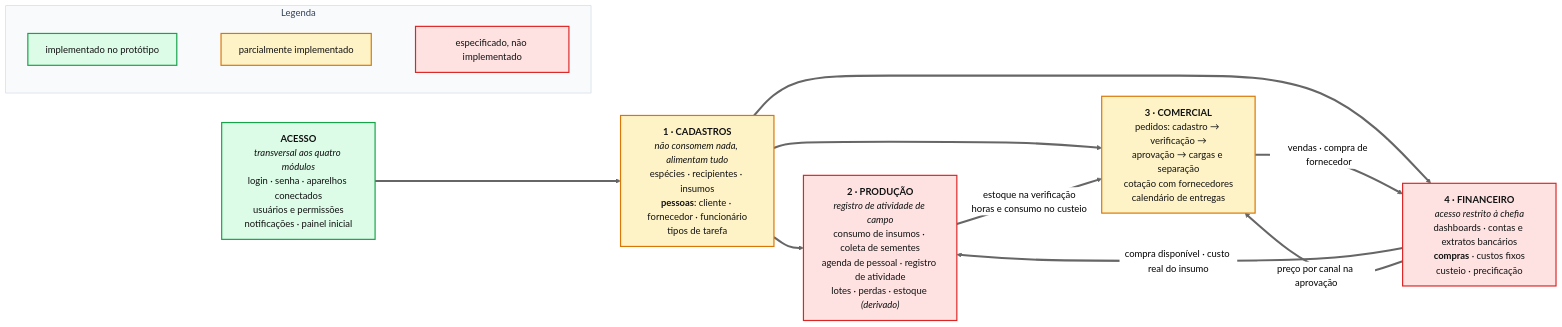
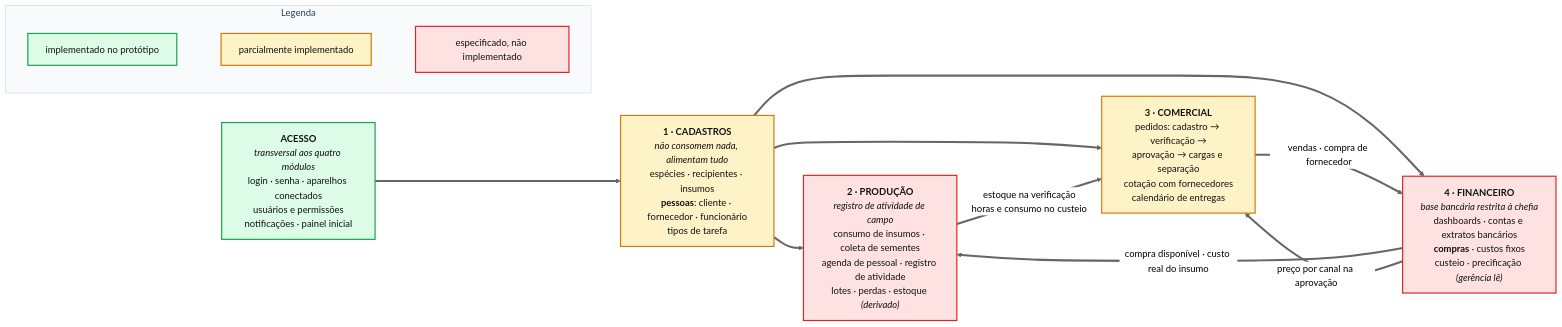
One commit to JoaoMudar/mudar changed the diagram in docs/rotinas/img/mapa-sistema-v2.mmd. Above: the diagram before and after it, drawn with Mermaid (neutral theme). The commit also changed 4 other files, not shown here.

First line of the commit message:
@ docs(rotinas): diagramas passam a dizer que a restricao e do recurso

```diff
--- a/docs/rotinas/img/mapa-sistema-v2.mmd
+++ b/docs/rotinas/img/mapa-sistema-v2.mmd
@@ -1,47 +1,47 @@
 %% Mapa consolidado — QUATRO modulos, com Acesso transversal.
 %% Fonte unica da taxonomia. Espelhada em `src/lib/modules.ts` (navegacao) e
 %% nos comentarios de secao de `src/lib/permissions.ts` (matriz do D4).
 %% Este mapa e de nivel de modulo de proposito: o fluxo entre eles e um CICLO,
 %% e desenhar as ~25 telas junto com o ciclo produzia um emaranhado ilegivel.
 %% O que tem dentro de cada modulo esta em mapa-1-cadastros .. mapa-4-financeiro.
 flowchart LR
   ACC["<b>ACESSO</b><br/><i>transversal aos quatro módulos</i><br/>login · senha · aparelhos conectados<br/>usuários e permissões<br/>notificações · painel inicial"]
 
   CAD["<b>1 · CADASTROS</b><br/><i>não consomem nada, alimentam tudo</i><br/>espécies · recipientes · insumos<br/><b>pessoas</b>: cliente · fornecedor · funcionário<br/>tipos de tarefa"]
 
   PRO["<b>2 · PRODUÇÃO</b><br/><i>registro de atividade de campo</i><br/>consumo de insumos · coleta de sementes<br/>agenda de pessoal · registro de atividade<br/>lotes · perdas · estoque <i>(derivado)</i>"]
 
   COM["<b>3 · COMERCIAL</b><br/>pedidos: cadastro → verificação →<br/>aprovação → cargas e separação<br/>cotação com fornecedores<br/>calendário de entregas"]
 
-  FIN["<b>4 · FINANCEIRO</b><br/><i>acesso restrito à chefia</i><br/>dashboards · contas e extratos bancários<br/><b>compras</b> · custos fixos<br/>custeio · precificação"]
+  FIN["<b>4 · FINANCEIRO</b><br/><i>base bancária restrita à chefia</i><br/>dashboards · contas e extratos bancários<br/><b>compras</b> · custos fixos<br/>custeio · precificação <i>(gerência lê)</i>"]
 
   ACC ==> CAD
 
   %% Cadastros alimenta todo mundo e nao consome nada. E o unico sem entrada.
   CAD ==> PRO
   CAD ==> COM
   CAD ==> FIN
 
   %% O ciclo. Quebrar qualquer elo faz o preco voltar a ser chute.
   FIN ==>|"compra disponível · custo real do insumo"| PRO
   PRO ==>|"estoque na verificação<br/>horas e consumo no custeio"| COM
   COM ==>|"vendas · compra de fornecedor"| FIN
   FIN ==>|"preço por canal na aprovação"| COM
 
   subgraph LEG["Legenda"]
     direction LR
     L1["implementado no protótipo"]
     L2["parcialmente implementado"]
     L3["especificado, não implementado"]
     L1 ~~~ L2 ~~~ L3
   end
 
   classDef ok fill:#dcfce7,stroke:#16a34a,stroke-width:2px,color:#111
   classDef meio fill:#fef3c7,stroke:#d97706,stroke-width:2px,color:#111
   classDef falta fill:#fee2e2,stroke:#dc2626,stroke-width:2px,color:#111
   classDef grupo fill:#f8fafc,stroke:#cbd5e1,stroke-width:1px,color:#334155
 
   class ACC,L1 ok
   class CAD,COM,L2 meio
   class PRO,FIN,L3 falta
   class LEG grupo
```
